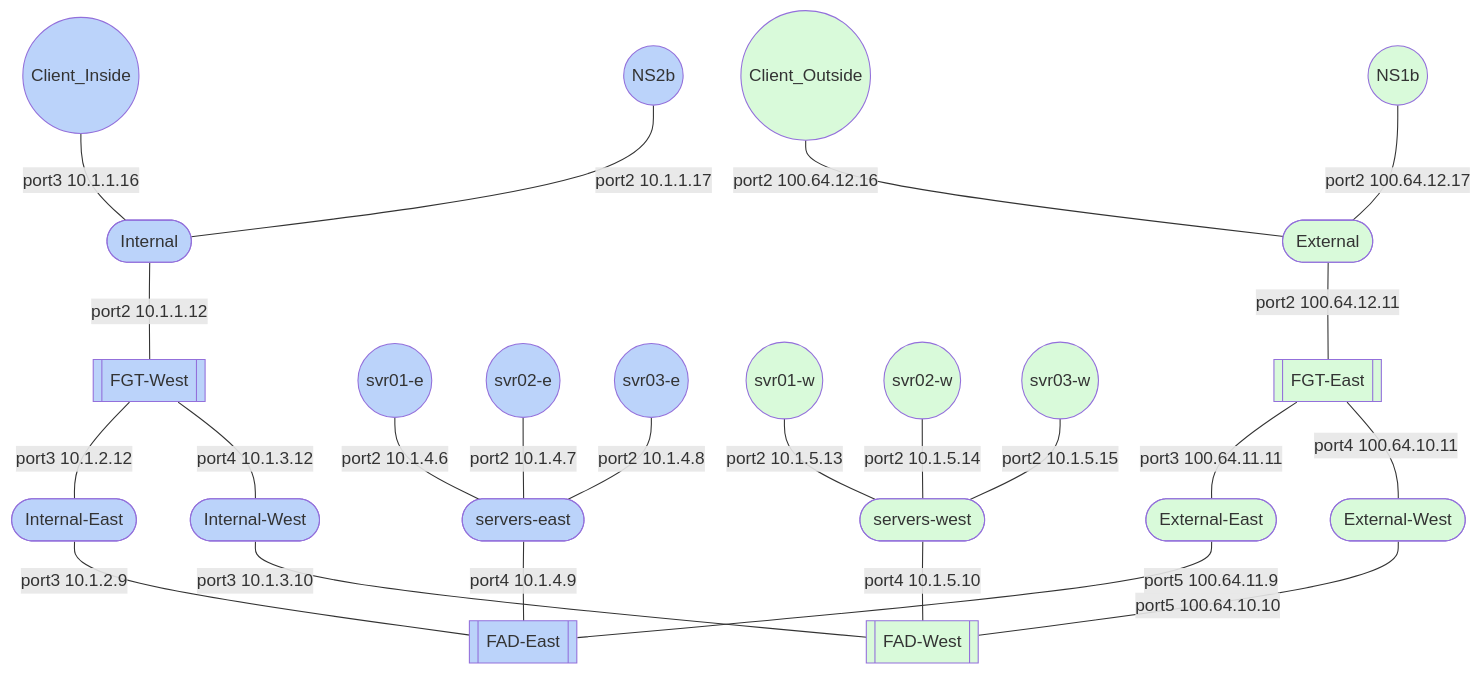
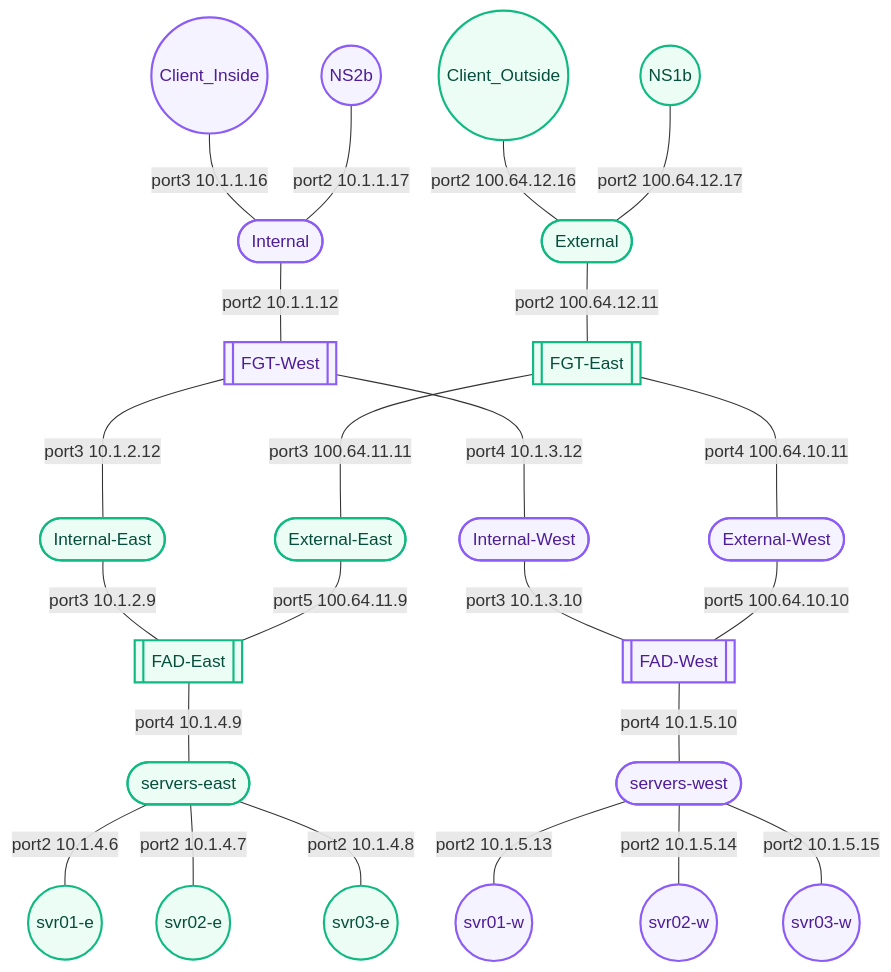
The diagram in content/FortiADC GSLB 8.0.4/Lab Access/index.md (FortinetCloudCSE/FortiADC-GSLB), drawn with Mermaid before and after one commit. The commit also changed other lines of this file and 10 other files, not shown here.

Commit message:
changed chapter weights and refrmated the network diagram

````diff
--- a/content/FortiADC GSLB 8.0.4/Lab Access/index.md
+++ b/content/FortiADC GSLB 8.0.4/Lab Access/index.md
@@ -11,110 +11,82 @@
 ```mermaid
 graph TD
-    %% Nodes Defintions
-    %% --- Top Section (Inside Network / FGT-West) ---
-    classDef default fill:#E1E4Eb
-    
-    Client_Inside((Client_Inside))
-    %% NS2((NS2))
-    NS2b((NS2b))
-    
-    Internal_Net([Internal])
-    FGT_West[[FGT-West]]
+    %% ----------------------------------------------------
+    %% Style Definitions
+    %% ----------------------------------------------------
+    classDef default fill:#E1E4Eb,stroke:#475569,stroke-width:1.5px,color:#0f172a
+    classDef eastObj fill:#ecfdf5,stroke:#10b981,stroke-width:2px,color:#064e3b
+    classDef westObj fill:#f5f3ff,stroke:#8b5cf6,stroke-width:2px,color:#4c1d95
 
-    %% --- Left Section (servers-east / FAD-East) ---
-    svr01_e((svr01-e))
-    svr02_e((svr02-e))
-    svr03_e((svr03-e))
-    
-    Servers_East_Net([servers-east])
-    FAD_East[[FAD-East]]
+    %% --- Top Section (Inside & Outside Clients / Firewalls) ---
+    Client_Inside((Client_Inside)):::westObj
+    NS2b((NS2b)):::westObj
+    Internal_Net([Internal]):::westObj
+    FGT_West[[FGT-West]]:::westObj
 
-    %% --- Right Section (servers-west / FAD-West) ---
-    svr01_w((svr01-w))
-    svr02_w((svr02-w))
-    svr03_w((svr03-w))
-    
-    Servers_West_Net([servers-west])
-    FAD_West[[FAD-West]]
+    Client_Outside((Client_Outside)):::eastObj
+    NS1b((NS1b)):::eastObj
+    External_Net([External]):::eastObj
+    FGT_East[[FGT-East]]:::eastObj
 
-    %% --- Bottom Section (External / FGT-East) ---
-    %% NS1((NS1))
-    Client_Outside((Client_Outside))
-    NS1b((NS1b))
-    
-    External_Net([External])
-    FGT_East[[FGT-East]]
+    %% --- Center: Core Transit Networks ---
+    Internal_East_Net([Internal-East]):::eastObj
+    Internal_West_Net([Internal-West]):::westObj
+    External_East_Net([External-East]):::eastObj
+    External_West_Net([External-West]):::westObj
 
-    %% --- Core Transit Networks / Subnets ---
-    Internal_East_Net([Internal-East])
-    Internal_West_Net([Internal-West])
-    External_East_Net([External-East])
-    External_West_Net([External-West])
+    %% --- Load Balancers (FAD) ---
+    FAD_East[[FAD-East]]:::eastObj
+    FAD_West[[FAD-West]]:::westObj
+
+    %% --- Server Networks ---
+    Servers_East_Net([servers-east]):::eastObj
+    Servers_West_Net([servers-west]):::westObj
+
+    %% --- Bottom Section (Servers) ---
+    svr01_e((svr01-e)):::eastObj
+    svr02_e((svr02-e)):::eastObj
+    svr03_e((svr03-e)):::eastObj
+
+    svr01_w((svr01-w)):::westObj
+    svr02_w((svr02-w)):::westObj
+    svr03_w((svr03-w)):::westObj
 
     %% ----------------------------------------------------
     %% Connections & Interface Labels
     %% ----------------------------------------------------
-    
-    %% Top Group to Internal Network
+
+    %% Inside Connections (West Side)
     Client_Inside --- |"port3 10.1.1.16"| Internal_Net
-    %% NS2           --- |"port2 10.1.1.15"| Internal_Net
-    NS2b          --- |"port2 10.1.1.17"| Internal_Net
-    Internal_Net  --- |"port2 10.1.1.12"| FGT_West
+    NS2b --- |"port2 10.1.1.17"| Internal_Net
+    Internal_Net --- |"port2 10.1.1.12"| FGT_West
 
-    %% Left Group to servers-east
-    svr01_e          --- |"port2 10.1.4.6"| Servers_East_Net
-    svr02_e          --- |"port2 10.1.4.7"| Servers_East_Net
-    svr03_e          --- |"port2 10.1.4.8"| Servers_East_Net
-    Servers_East_Net --- |"port4 10.1.4.9"| FAD_East
+    %% Outside Connections (East Side)
+    Client_Outside --- |"port2 100.64.12.16"| External_Net
+    NS1b --- |"port2 100.64.12.17"| External_Net
+    External_Net --- |"port2 100.64.12.11"| FGT_East
 
-    %% Right Group to servers-west
-    svr01_w          --- |"port2 10.1.5.13"| Servers_West_Net
-    svr02_w          --- |"port2 10.1.5.14"| Servers_West_Net
-    svr03_w          --- |"port2 10.1.5.15"| Servers_West_Net
-    Servers_West_Net --- |"port4 10.1.5.10"| FAD_West
-
-    %% Bottom Group to External Network
-    %% NS1              --- |"port2 100.64.12.15"| External_Net
-    Client_Outside   --- |"port2 100.64.12.16"| External_Net
-    NS1b             --- |"port2 100.64.12.17"| External_Net
-    External_Net     --- |"port2 100.64.12.11"| FGT_East
-
-    %% Core Mesh Interconnections
+    %% Core Mesh Interconnections (Firewalls down to Transit & FADs)
     FGT_West --- |"port3 10.1.2.12"| Internal_East_Net
-    FGT_West --- |"port4 10.1.3.12"| Internal_West_Net
-
+    FGT_West ---- |"port4 10.1.3.12"| Internal_West_Net
     Internal_East_Net --- |"port3 10.1.2.9"| FAD_East
     Internal_West_Net --- |"port3 10.1.3.10"| FAD_West
 
-    FGT_East --- |"port3 100.64.11.11"| External_East_Net
+    FGT_East ---- |"port3 100.64.11.11"| External_East_Net
     FGT_East --- |"port4 100.64.10.11"| External_West_Net
-
     External_East_Net --- |"port5 100.64.11.9"| FAD_East
     External_West_Net --- |"port5 100.64.10.10"| FAD_West
-    
-    style Client_Inside fill:#bbd3fa;
-    style NS2b fill:#bbd3fa;
-    style Internal_Net fill:#bbd3fa;
-    style Internal_East_Net fill:#bbd3fa;
-    style Internal_West_Net fill:#bbd3fa;
-    style FGT_West fill:#bbd3fa;
-    style FAD_East fill:#bbd3fa;
-    style Servers_East_Net fill:#bbd3fa;
-    style svr01_e fill:#bbd3fa;
-    style svr02_e fill:#bbd3fa;
-    style svr03_e fill:#bbd3fa;
-    
-    style Client_Outside fill:#d9fada;
-    
-    style Servers_West_Net fill:#d9fada;
-    style NS1b fill:#d9fada;
-    style External_Net fill:#d9fada;
-    style External_West_Net fill:#d9fada;
-    style External_East_Net fill:#d9fada;
-    style FAD_West fill:#d9fada;
-    style FGT_East fill:#d9fada;
-    style Servers_West_Net fill:#d9fada;
-    style svr01_w fill:#d9fada;
-    style svr02_w fill:#d9fada;
-    style svr03_w fill:#d9fada;
+
+    %% East Server Connections
+    FAD_East --- |"port4 10.1.4.9"| Servers_East_Net
+    Servers_East_Net --- |"port2 10.1.4.6"| svr01_e
+    Servers_East_Net --- |"port2 10.1.4.7"| svr02_e
+    Servers_East_Net --- |"port2 10.1.4.8"| svr03_e
+
+    %% West Server Connections
+    FAD_West --- |"port4 10.1.5.10"| Servers_West_Net
+    Servers_West_Net --- |"port2 10.1.5.13"| svr01_w
+    Servers_West_Net --- |"port2 10.1.5.14"| svr02_w
+    Servers_West_Net --- |"port2 10.1.5.15"| svr03_w
+
+
 ```
````
